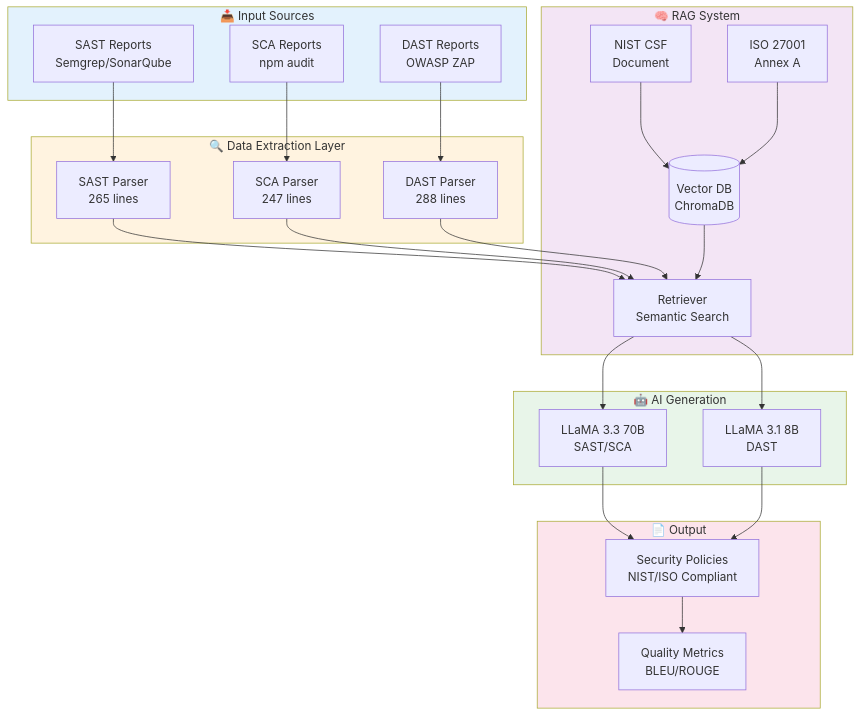
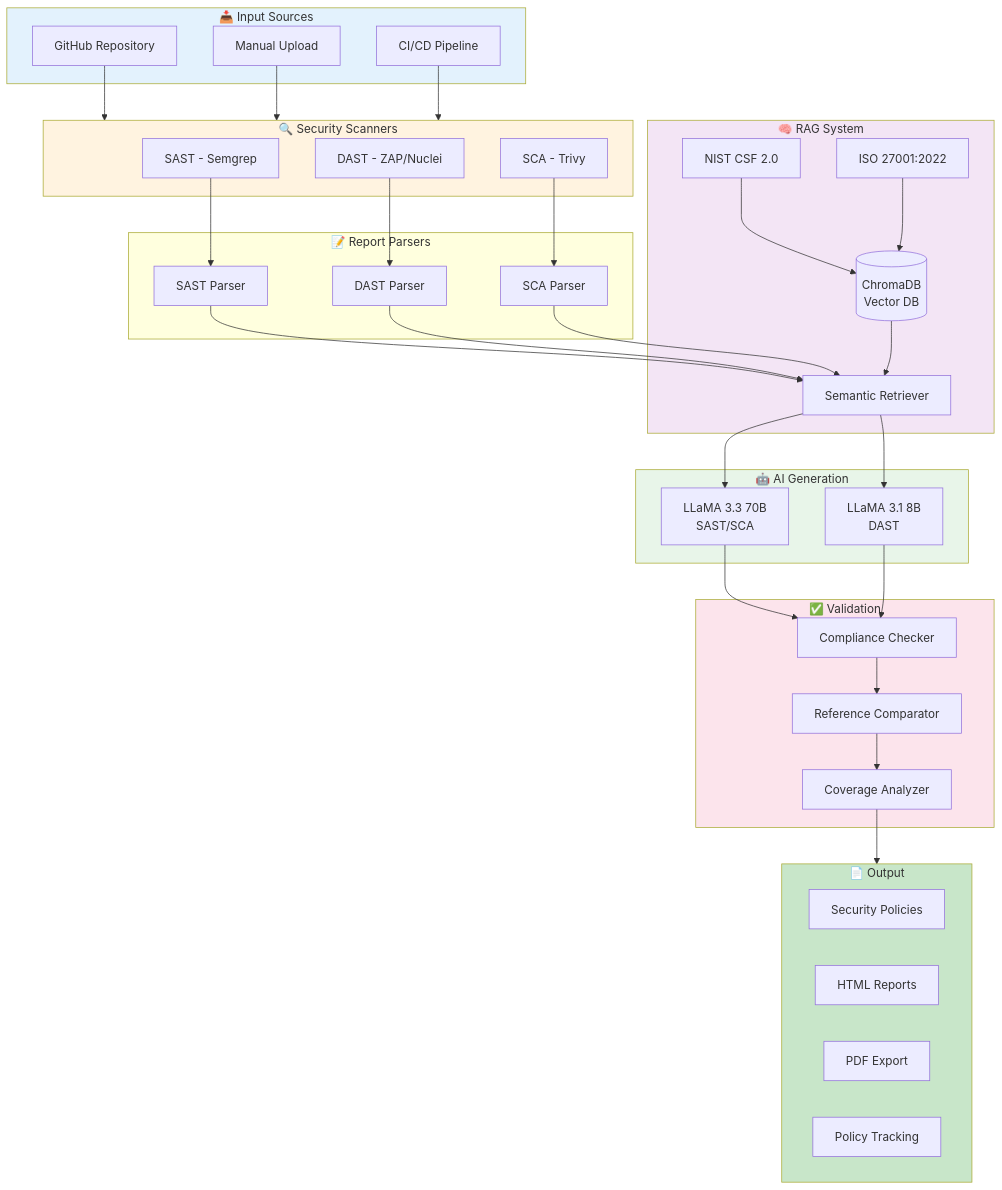
Before and after one commit to yousef-elgarch1/SecureFlow-AI---DevSecOps: the first of 2 diagrams in README.md, drawn with Mermaid. The commit also changed other lines of this file, not shown here.

````diff
--- a/README.md
+++ b/README.md
@@ -21,57 +170,78 @@
 ```mermaid
 flowchart TB
     subgraph Input["📥 Input Sources"]
-        SAST[SAST Reports<br/>Semgrep/SonarQube]
-        SCA[SCA Reports<br/>npm audit]
-        DAST[DAST Reports<br/>OWASP ZAP]
+        GH[GitHub Repository]
+        UP[Manual Upload]
+        CI[CI/CD Pipeline]
     end
 
-    subgraph Parsers["🔍 Data Extraction Layer"]
-        SP[SAST Parser<br/>265 lines]
-        SCP[SCA Parser<br/>247 lines]
-        DP[DAST Parser<br/>288 lines]
+    subgraph Scanners["🔍 Security Scanners"]
+        SAST[SAST - Semgrep]
+        DAST[DAST - ZAP/Nuclei]
+        SCA[SCA - Trivy]
+    end
+
+    subgraph Parsers["📝 Report Parsers"]
+        SP[SAST Parser]
+        DP[DAST Parser]
+        SCP[SCA Parser]
     end
 
     subgraph RAG["🧠 RAG System"]
-        VDB[(Vector DB<br/>ChromaDB)]
-        NIST[NIST CSF<br/>Document]
-        ISO[ISO 27001<br/>Annex A]
-        RET[Retriever<br/>Semantic Search]
+        VDB[(ChromaDB<br/>Vector DB)]
+        NIST[NIST CSF 2.0]
+        ISO[ISO 27001:2022]
+        RET[Semantic Retriever]
     end
 
-    subgraph LLMs["🤖 AI Generation"]
-        L33[LLaMA 3.3 70B<br/>SAST/SCA]
-        L31[LLaMA 3.1 8B<br/>DAST]
+    subgraph AI["🤖 AI Generation"]
+        L70[LLaMA 3.3 70B<br/>SAST/SCA]
+        L8[LLaMA 3.1 8B<br/>DAST]
+    end
+
+    subgraph Compliance["✅ Validation"]
+        COMP[Compliance Checker]
+        REF[Reference Comparator]
+        COV[Coverage Analyzer]
     end
 
     subgraph Output["📄 Output"]
-        POL[Security Policies<br/>NIST/ISO Compliant]
-        EVAL[Quality Metrics<br/>BLEU/ROUGE]
+        POL[Security Policies]
+        HTML[HTML Reports]
+        PDF[PDF Export]
+        TRACK[Policy Tracking]
     end
 
+    GH --> Scanners
+    UP --> Scanners
+    CI --> Scanners
+
     SAST --> SP
+    DAST --> DP
     SCA --> SCP
-    DAST --> DP
 
     SP --> RET
+    DP --> RET
     SCP --> RET
-    DP --> RET
 
     NIST --> VDB
     ISO --> VDB
     VDB --> RET
 
-    RET --> L33
-    RET --> L31
+    RET --> L70
+    RET --> L8
 
-    L33 --> POL
-    L31 --> POL
+    L70 --> COMP
+    L8 --> COMP
 
-    POL --> EVAL
+    COMP --> REF
+    REF --> COV
+    COV --> Output
 
     style Input fill:#e3f2fd
-    style Parsers fill:#fff3e0
+    style Scanners fill:#fff3e0
     style RAG fill:#f3e5f5
-    style LLMs fill:#e8f5e9
-    style Output fill:#fce4ec
+    style AI fill:#e8f5e9
+    style Compliance fill:#fce4ec
+    style Output fill:#c8e6c9
 ```
````
